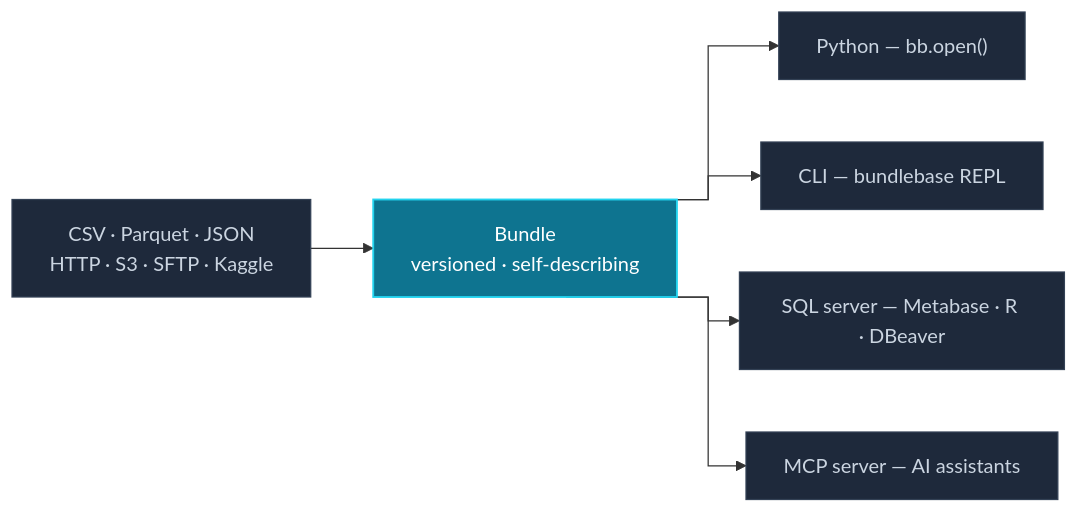
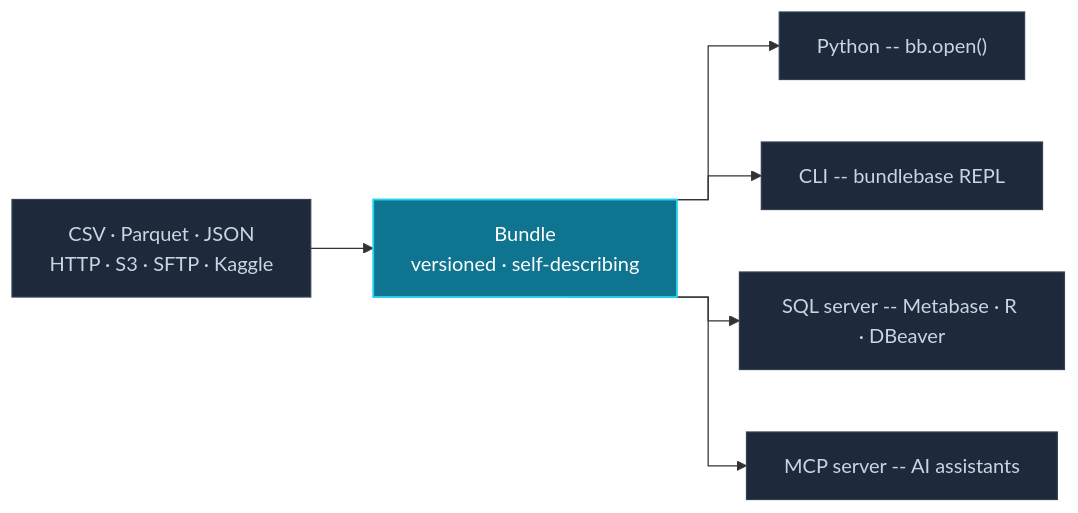
Before and after one commit to nvoxland/bundlebase: the diagram in docs/index.md, drawn with Mermaid. The commit also changed other lines of this file and 37 other files, not shown here.

````diff
--- a/docs/index.md
+++ b/docs/index.md
@@ -128,17 +128,17 @@
 ```mermaid
 %%{init: {'flowchart': {'curve': 'stepAfter'}}}%%
 flowchart LR
     A["CSV · Parquet · JSON\nHTTP · S3 · SFTP · Kaggle"] --> B["Bundle\nversioned · self-describing"]
-    B --> C1["Python — bb.open()"]
-    B --> C2["CLI — bundlebase REPL"]
-    B --> C3["SQL server — Metabase · R · DBeaver"]
-    B --> C4["MCP server — AI assistants"]
+    B --> C1["Python -- bb.open()"]
+    B --> C2["CLI -- bundlebase REPL"]
+    B --> C3["SQL server -- Metabase · R · DBeaver"]
+    B --> C4["MCP server -- AI assistants"]
 
     classDef bundle fill:#0e7490,color:#fff,stroke:#22d3ee,stroke-width:1.5px
     classDef output fill:#1e293b,color:#cbd5e1,stroke:#334155,stroke-width:1px
     classDef source fill:#1e293b,color:#cbd5e1,stroke:#334155,stroke-width:1px
 
     class B bundle
     class C1,C2,C3,C4 output
     class A source
 ```
````
